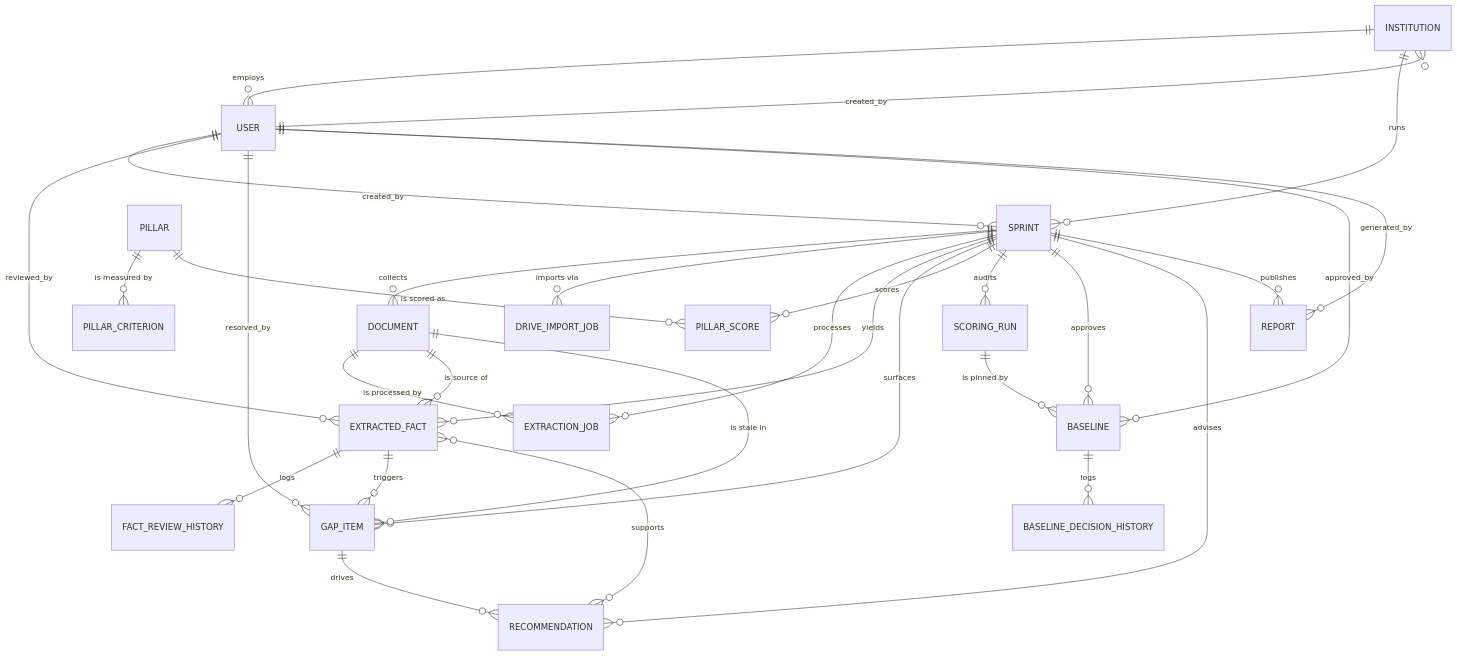
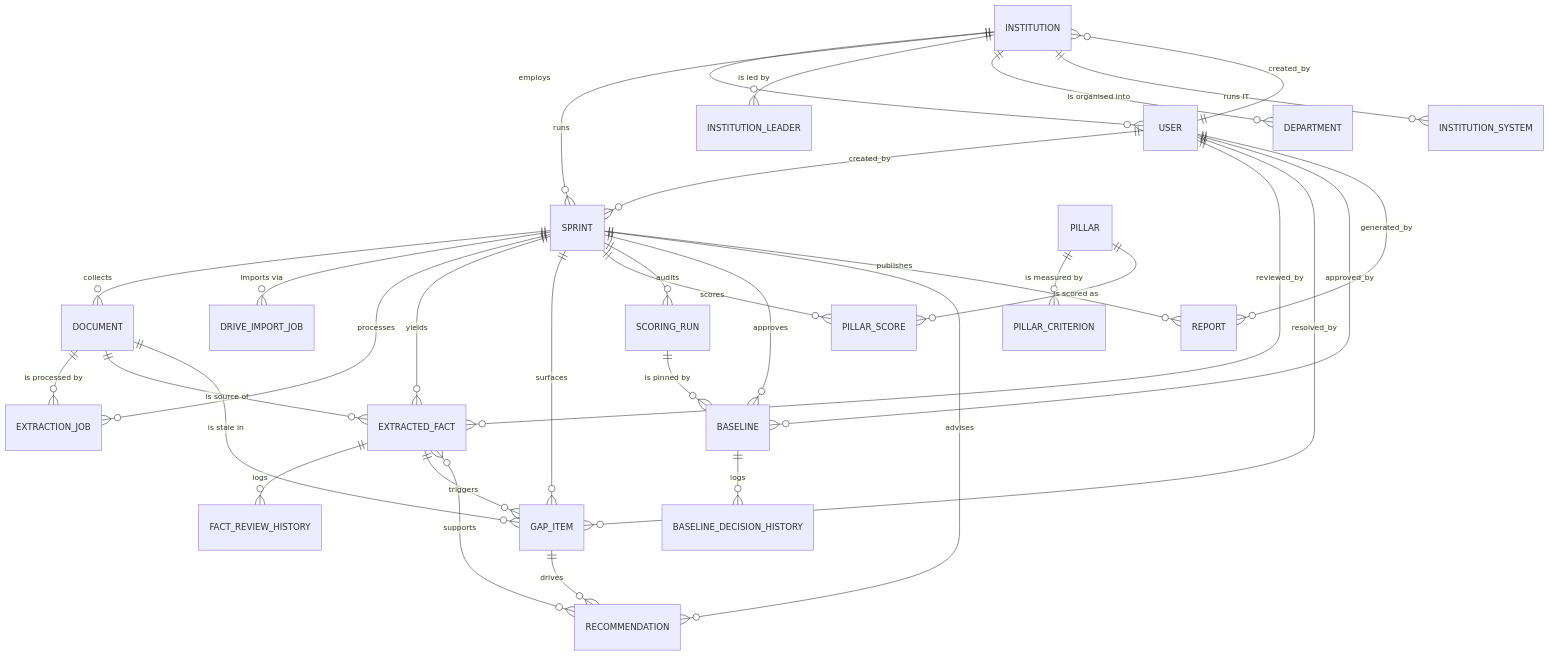
Before and after one commit to jagadesh-alpha8/AI-READY: the seventh of 18 diagrams in PROJECT_WORKFLOW_AND_TECHNICAL_REPORT.md, drawn with Mermaid. The commit also changed other lines of this file and 4 other files, not shown here.

````diff
--- a/PROJECT_WORKFLOW_AND_TECHNICAL_REPORT.md
+++ b/PROJECT_WORKFLOW_AND_TECHNICAL_REPORT.md
@@ -1044,39 +1201,42 @@
 ```mermaid
 erDiagram
     INSTITUTION ||--o{ USER : "employs"
     INSTITUTION ||--o{ SPRINT : "runs"
+    INSTITUTION ||--o{ INSTITUTION_LEADER : "is led by"
+    INSTITUTION ||--o{ DEPARTMENT : "is organised into"
+    INSTITUTION ||--o{ INSTITUTION_SYSTEM : "runs IT"
     USER ||--o{ INSTITUTION : "created_by"
     USER ||--o{ SPRINT : "created_by"
 
     SPRINT ||--o{ DOCUMENT : "collects"
     SPRINT ||--o{ DRIVE_IMPORT_JOB : "imports via"
     SPRINT ||--o{ EXTRACTION_JOB : "processes"
     SPRINT ||--o{ EXTRACTED_FACT : "yields"
     SPRINT ||--o{ GAP_ITEM : "surfaces"
     SPRINT ||--o{ PILLAR_SCORE : "scores"
     SPRINT ||--o{ SCORING_RUN : "audits"
     SPRINT ||--o{ BASELINE : "approves"
     SPRINT ||--o{ RECOMMENDATION : "advises"
     SPRINT ||--o{ REPORT : "publishes"
 
     DOCUMENT ||--o{ EXTRACTION_JOB : "is processed by"
     DOCUMENT ||--o{ EXTRACTED_FACT : "is source of"
     DOCUMENT ||--o{ GAP_ITEM : "is stale in"
 
     EXTRACTED_FACT ||--o{ FACT_REVIEW_HISTORY : "logs"
     EXTRACTED_FACT ||--o{ GAP_ITEM : "triggers"
     EXTRACTED_FACT }o--o{ RECOMMENDATION : "supports"
 
     GAP_ITEM ||--o{ RECOMMENDATION : "drives"
 
     PILLAR ||--o{ PILLAR_CRITERION : "is measured by"
     PILLAR ||--o{ PILLAR_SCORE : "is scored as"
 
     SCORING_RUN ||--o{ BASELINE : "is pinned by"
     BASELINE ||--o{ BASELINE_DECISION_HISTORY : "logs"
 
     USER ||--o{ EXTRACTED_FACT : "reviewed_by"
     USER ||--o{ GAP_ITEM : "resolved_by"
     USER ||--o{ BASELINE : "approved_by"
     USER ||--o{ REPORT : "generated_by"
 ```
````
